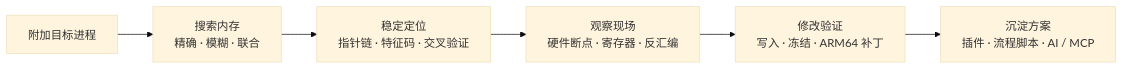
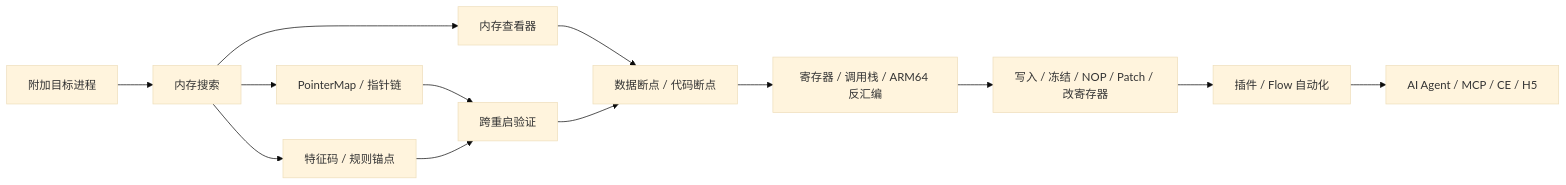
Before and after one commit to susu123oss/MemoryToolkit-Release: the diagram in README.md, drawn with Mermaid (base theme). The commit also changed other lines of this file, not shown here.

````diff
--- a/README.md
+++ b/README.md
@@ -41,8 +220,15 @@
 ```mermaid
 flowchart LR
-    A["附加目标进程"] --> B["搜索内存<br/>精确 · 模糊 · 联合"]
-    B --> C["稳定定位<br/>指针链 · 特征码 · 交叉验证"]
-    C --> D["观察现场<br/>硬件断点 · 寄存器 · 反汇编"]
-    D --> E["修改验证<br/>写入 · 冻结 · ARM64 补丁"]
-    E --> F["沉淀方案<br/>插件 · 流程脚本 · AI / MCP"]
+    A["附加目标进程"] --> B["内存搜索"]
+    B --> C1["PointerMap / 指针链"]
+    B --> C2["特征码 / 规则锚点"]
+    B --> D["内存查看器"]
+    C1 --> E["跨重启验证"]
+    C2 --> E
+    D --> F["数据断点 / 代码断点"]
+    E --> F
+    F --> G["寄存器 / 调用栈 / ARM64 反汇编"]
+    G --> H["写入 / 冻结 / NOP / Patch / 改寄存器"]
+    H --> I["插件 / Flow 自动化"]
+    I --> J["AI Agent / MCP / CE / H5"]
 ```
````
